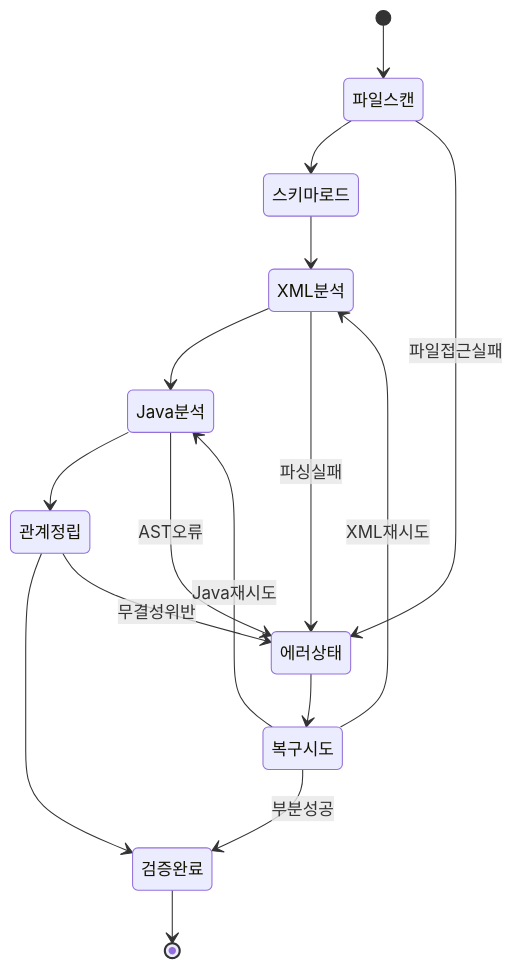
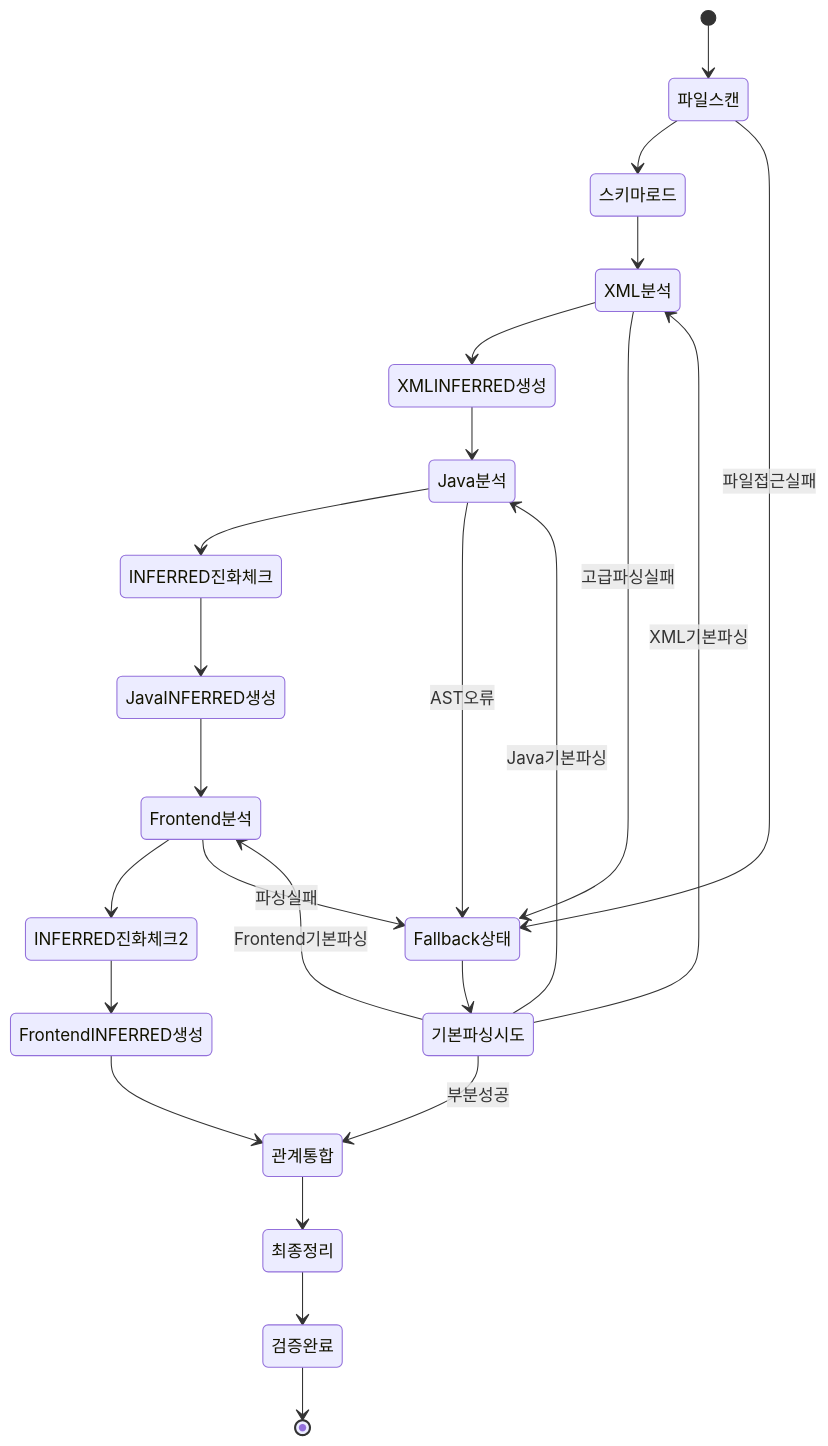
The second of 4 diagrams in docs/02_데이터베이스_스키마_정의서.md (kumtaek/SourceAnalyzer), drawn with Mermaid before and after one commit. The commit also changed other lines of this file and 63 other files, not shown here.

````diff
--- a/docs/02_데이터베이스_스키마_정의서.md
+++ b/docs/02_데이터베이스_스키마_정의서.md
@@ -351,20 +415,28 @@
 ```mermaid
 stateDiagram-v2
     [*] --> 파일스캔
     파일스캔 --> 스키마로드
     스키마로드 --> XML분석
-    XML분석 --> Java분석
-    Java분석 --> 관계정립
-    관계정립 --> 검증완료
+    XML분석 --> XMLINFERRED생성
+    XMLINFERRED생성 --> Java분석
+    Java분석 --> INFERRED진화체크
+    INFERRED진화체크 --> JavaINFERRED생성
+    JavaINFERRED생성 --> Frontend분석
+    Frontend분석 --> INFERRED진화체크2
+    INFERRED진화체크2 --> FrontendINFERRED생성
+    FrontendINFERRED생성 --> 관계통합
+    관계통합 --> 최종정리
+    최종정리 --> 검증완료
     검증완료 --> [*]
     
-    파일스캔 --> 에러상태 : 파일접근실패
-    XML분석 --> 에러상태 : 파싱실패
-    Java분석 --> 에러상태 : AST오류
-    관계정립 --> 에러상태 : 무결성위반
+    파일스캔 --> Fallback상태 : 파일접근실패
+    XML분석 --> Fallback상태 : 고급파싱실패
+    Java분석 --> Fallback상태 : AST오류
+    Frontend분석 --> Fallback상태 : 파싱실패
     
-    에러상태 --> 복구시도
-    복구시도 --> XML분석 : XML재시도
-    복구시도 --> Java분석 : Java재시도
-    복구시도 --> 검증완료 : 부분성공
+    Fallback상태 --> 기본파싱시도
+    기본파싱시도 --> XML분석 : XML기본파싱
+    기본파싱시도 --> Java분석 : Java기본파싱
+    기본파싱시도 --> Frontend분석 : Frontend기본파싱
+    기본파싱시도 --> 관계통합 : 부분성공
 ```
````
